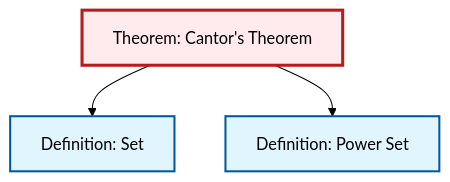
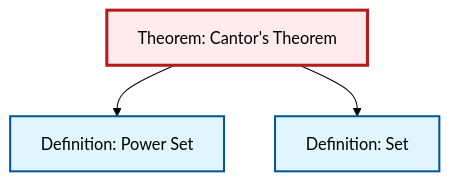
The second of 2 diagrams in content/en/logic-set-theory/thm-cantor.qmd (RK0429/ModernMath), drawn with Mermaid (forest theme) before and after one commit. The commit also changed other lines of this file and 434 other files, not shown here.

````diff
--- a/content/en/logic-set-theory/thm-cantor.qmd
+++ b/content/en/logic-set-theory/thm-cantor.qmd
@@ -70,17 +70,17 @@
 ```{mermaid}
 %%| fig-cap: "Local dependency graph"
 graph TD
     classDef definition fill:#e1f5fe,stroke:#01579b,stroke-width:2px
     classDef theorem fill:#f3e5f5,stroke:#4a148c,stroke-width:2px
     classDef axiom fill:#fff3e0,stroke:#e65100,stroke-width:2px
     classDef example fill:#e8f5e9,stroke:#1b5e20,stroke-width:2px
     classDef current fill:#ffebee,stroke:#b71c1c,stroke-width:3px
+    def-set["Definition: Set"]:::definition
     def-power-set["Definition: Power Set"]:::definition
     thm-cantor["Theorem: Cantor's Theorem"]:::theorem
-    def-set["Definition: Set"]:::definition
+    thm-cantor --> def-power-set
     thm-cantor --> def-set
-    thm-cantor --> def-power-set
     class thm-cantor current
+    click def-set "def-set.html" "Go to Set definition"
     click def-power-set "def-power-set.html" "Go to Power Set definition"
-    click def-set "def-set.html" "Go to Set definition"
 ```
````
